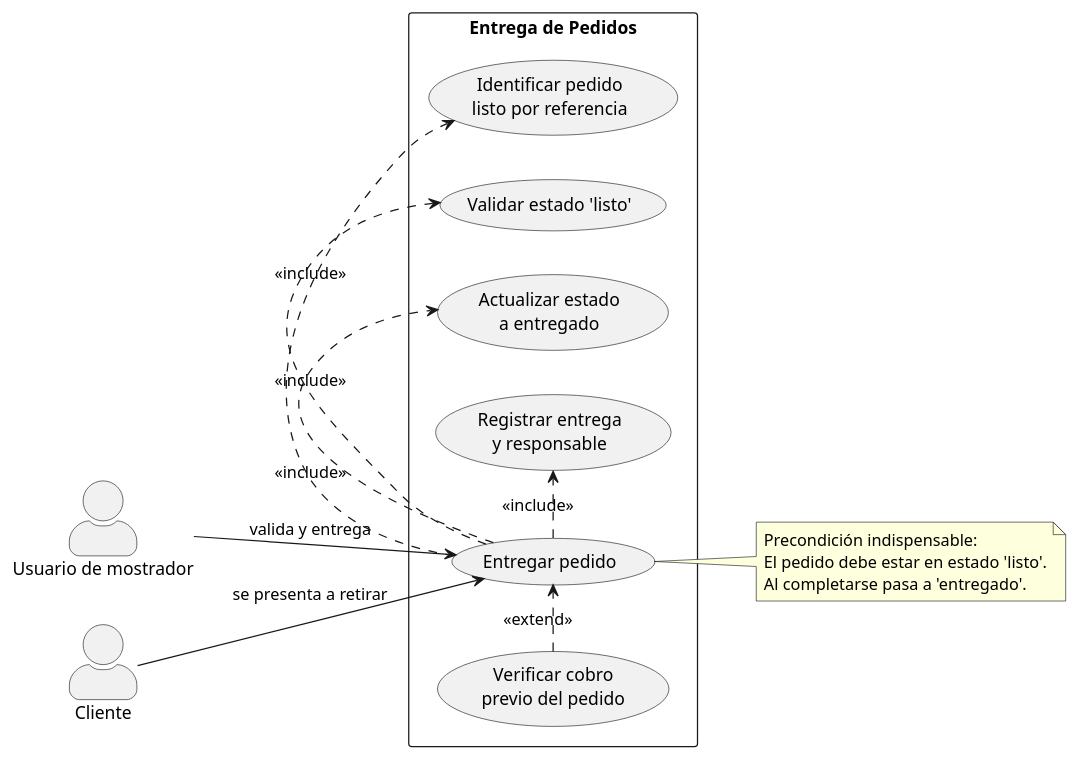
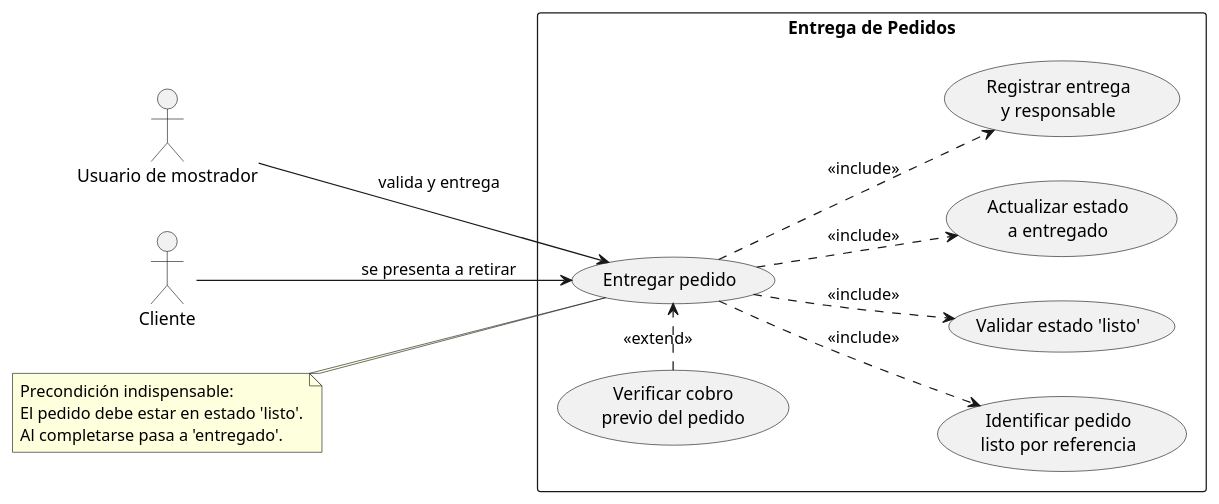
The diagram in diagramas/02-casos-de-uso/02-entregar-pedido.puml (cmariano93-netizen/SistemaPedidos), drawn with PlantUML before and after one commit. The commit also changed 13 other files, not shown here.

```diff
--- a/diagramas/02-casos-de-uso/02-entregar-pedido.puml
+++ b/diagramas/02-casos-de-uso/02-entregar-pedido.puml
@@ -1,34 +1,31 @@
 @startuml
 left to right direction
-skinparam packageStyle rectangle
-skinparam shadowing false
-skinparam actorStyle awesome
 
 actor "Usuario de mostrador" as Mostrador
 actor "Cliente" as Cliente
 
 rectangle "Entrega de Pedidos" {
   usecase "Entregar pedido" as UC_Entrega
   usecase "Identificar pedido\nlisto por referencia" as UC_Identificar
   usecase "Validar estado 'listo'" as UC_ValidarListo
   usecase "Actualizar estado\na entregado" as UC_ActualizarEntregado
   usecase "Registrar entrega\ny responsable" as UC_RegistrarAudit
   usecase "Verificar cobro\nprevio del pedido" as UC_VerificarCobro
 }
 
 Cliente --> UC_Entrega : se presenta a retirar
 Mostrador --> UC_Entrega : valida y entrega
 
-UC_Entrega .> UC_Identificar : <<include>>
-UC_Entrega .> UC_ValidarListo : <<include>>
-UC_Entrega .> UC_ActualizarEntregado : <<include>>
-UC_Entrega .> UC_RegistrarAudit : <<include>>
+UC_Entrega -d.> UC_Identificar : <<include>>
+UC_Entrega -d.> UC_ValidarListo : <<include>>
+UC_Entrega -d.> UC_ActualizarEntregado : <<include>>
+UC_Entrega -d.> UC_RegistrarAudit : <<include>>
 
 UC_VerificarCobro .> UC_Entrega : <<extend>>
 
-note right of UC_Entrega
+note left of UC_Entrega
   Precondición indispensable:
   El pedido debe estar en estado 'listo'.
   Al completarse pasa a 'entregado'.
 end note
 @enduml
```
